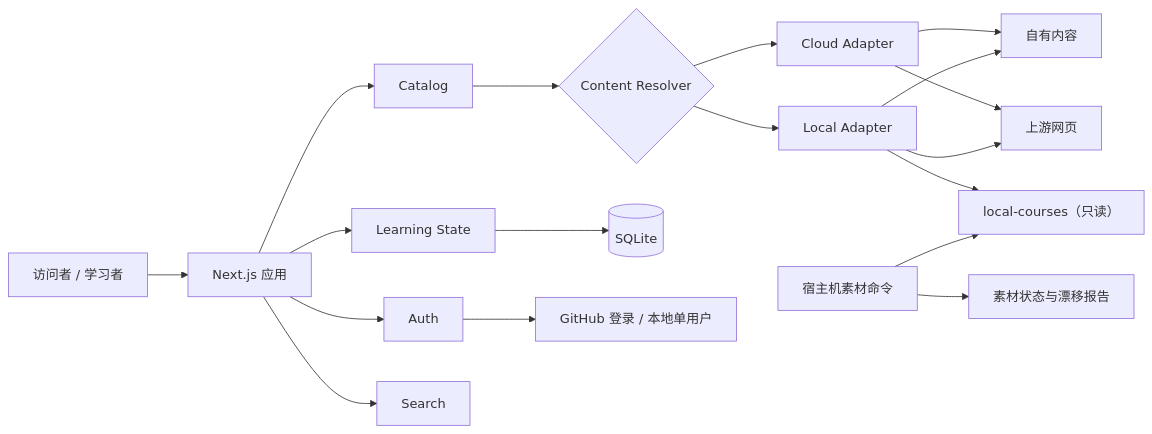
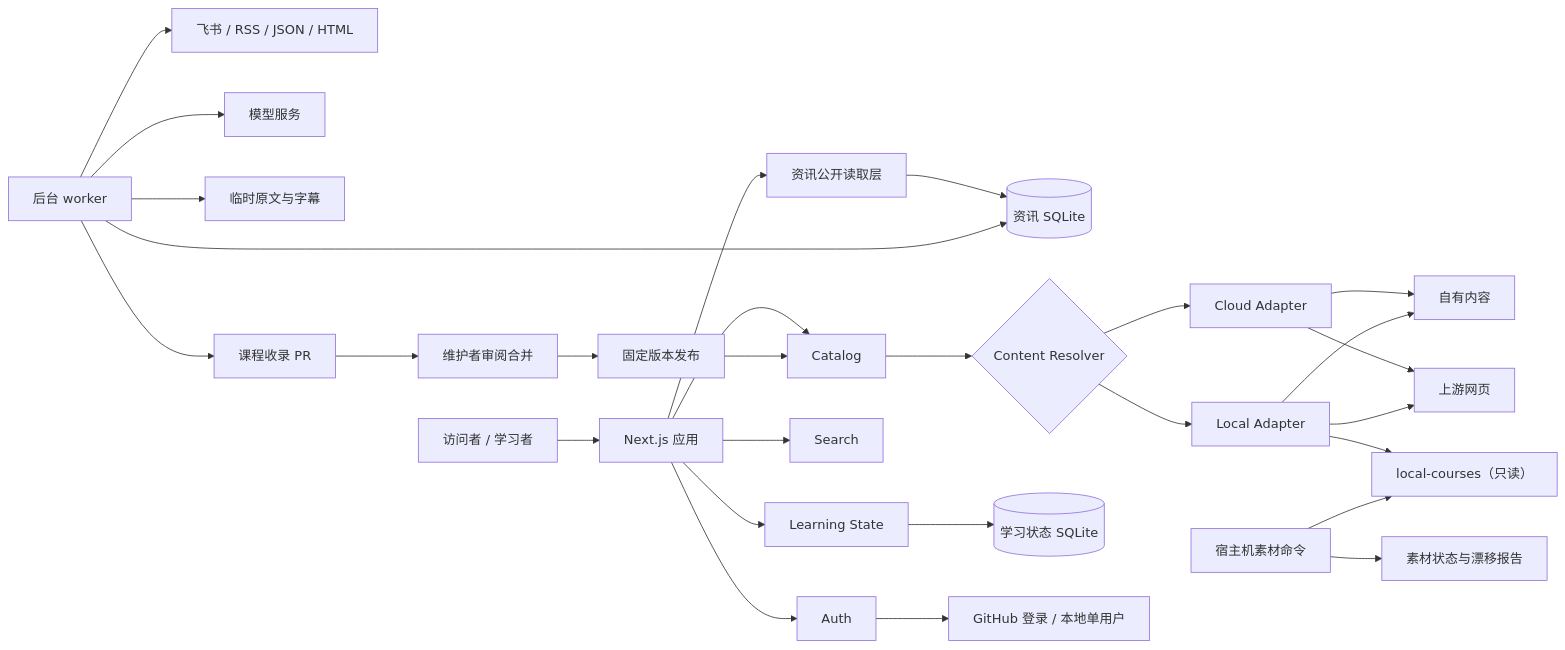
One commit to cr330326/Agent-Learning-Hub changed the diagram in docs/plans/plan.md. Above: the diagram before and after it, drawn with Mermaid. The commit also changed other lines of this file and 567 other files, not shown here.

````diff
--- a/docs/plans/plan.md
+++ b/docs/plans/plan.md
@@ -73,20 +77,30 @@
 ```mermaid
 flowchart LR
     U["访问者 / 学习者"] --> W["Next.js 应用"]
     W --> C["Catalog"]
     W --> S["Learning State"]
     W --> A["Auth"]
     W --> Q["Search"]
+    W --> P["资讯公开读取层"]
+    P --> ND[("资讯 SQLite")]
+    B["后台 worker"] --> ND
+    B --> NS["飞书 / RSS / JSON / HTML"]
+    B --> LM["模型服务"]
+    B --> TMP["临时原文与字幕"]
+    B --> PR["课程收录 PR"]
+    PR --> REVIEW["维护者审阅合并"]
+    REVIEW --> RELEASE["固定版本发布"]
+    RELEASE --> C
     C --> R{"Content Resolver"}
     R --> CA["Cloud Adapter"]
     R --> LA["Local Adapter"]
     CA --> M["自有内容"]
     CA --> E["上游网页"]
     LA --> M
     LA --> L["local-courses（只读）"]
     LA --> E
-    S --> DB[("SQLite")]
+    S --> DB[("学习状态 SQLite")]
     A --> GA["GitHub 登录 / 本地单用户"]
     H["宿主机素材命令"] --> L
     H --> F["素材状态与漂移报告"]
 ```
````
